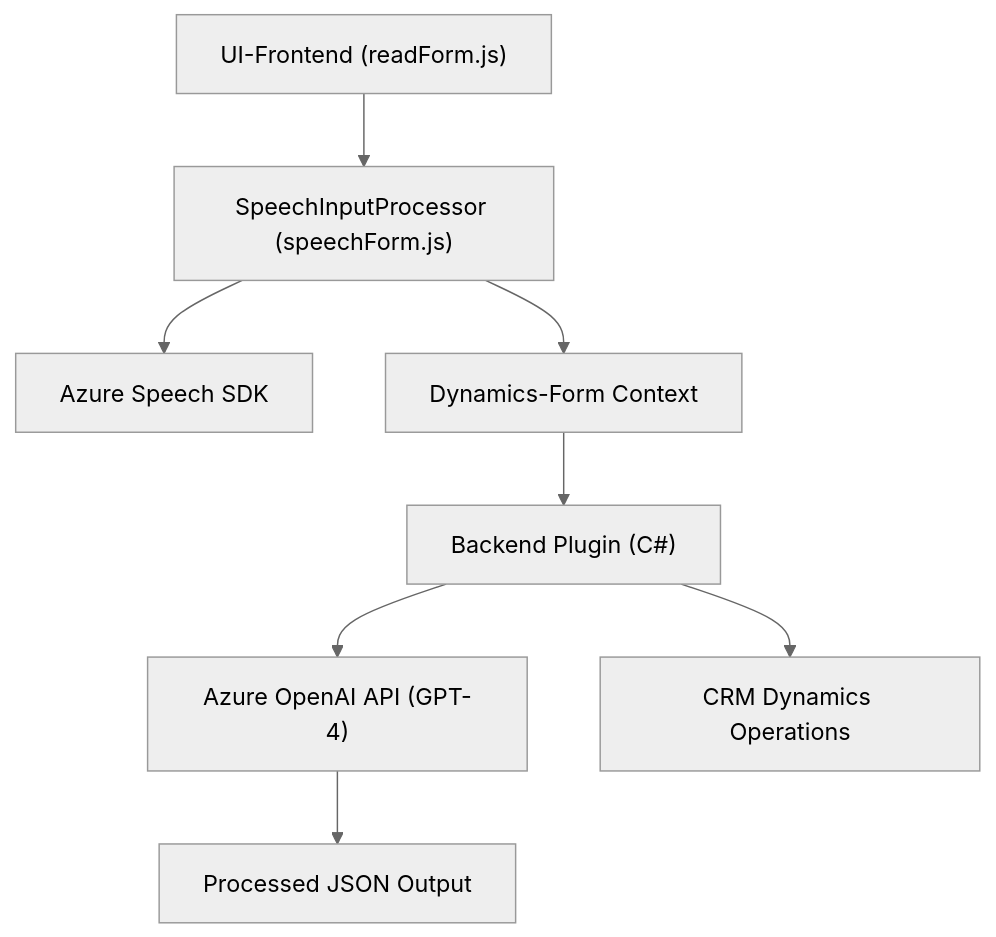
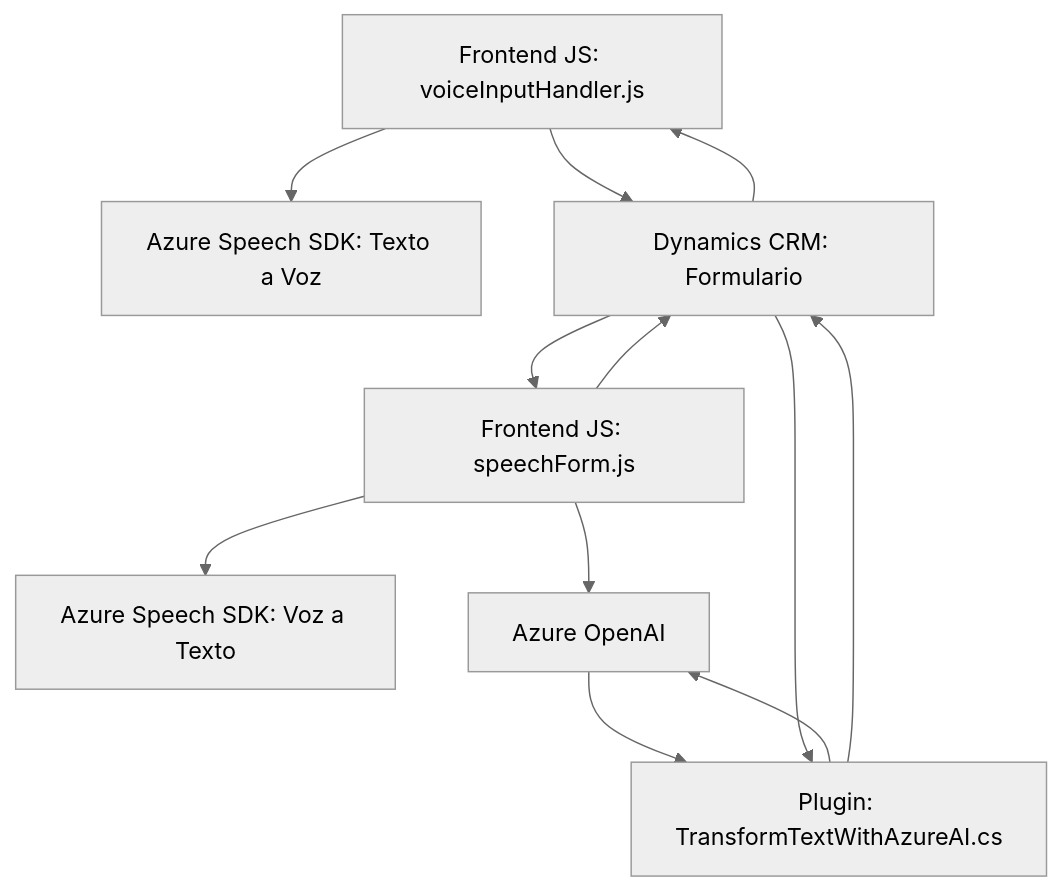
One commit to blopezdm/NETCORE_BILBAO2025 changed the diagram in README.md. Above: the diagram before and after it, drawn with Mermaid (neutral theme). The commit also changed other lines of this file, not shown here.

````diff
--- a/README.md
+++ b/README.md
@@ -43,10 +22,24 @@
 ```mermaid
 graph TD
-  A["UI-Frontend (readForm.js)"] --> B["SpeechInputProcessor (speechForm.js)"]
-  B --> C["Azure Speech SDK"]
-  B --> D["Dynamics-Form Context"]
-  D --> E["Backend Plugin (C#)"]
-  E --> F["Azure OpenAI API (GPT-4)"]
-  F --> G["Processed JSON Output"]
-  E --> H["CRM Dynamics Operations"]
+    A[Frontend JS: voiceInputHandler.js]
+    B[Frontend JS: speechForm.js]
+    C[Plugin: TransformTextWithAzureAI.cs]
+    D[Azure Speech SDK: Texto a Voz]
+    E[Azure Speech SDK: Voz a Texto]
+    F[Azure OpenAI]
+    G[Dynamics CRM: Formulario]
+
+    A --> D
+    A --> G
+    G --> A
+
+    B --> E
+    B --> G
+    G --> B
+    B --> F
+
+    C --> F
+    F --> C
+    C --> G
+    G --> C
 ```
````
